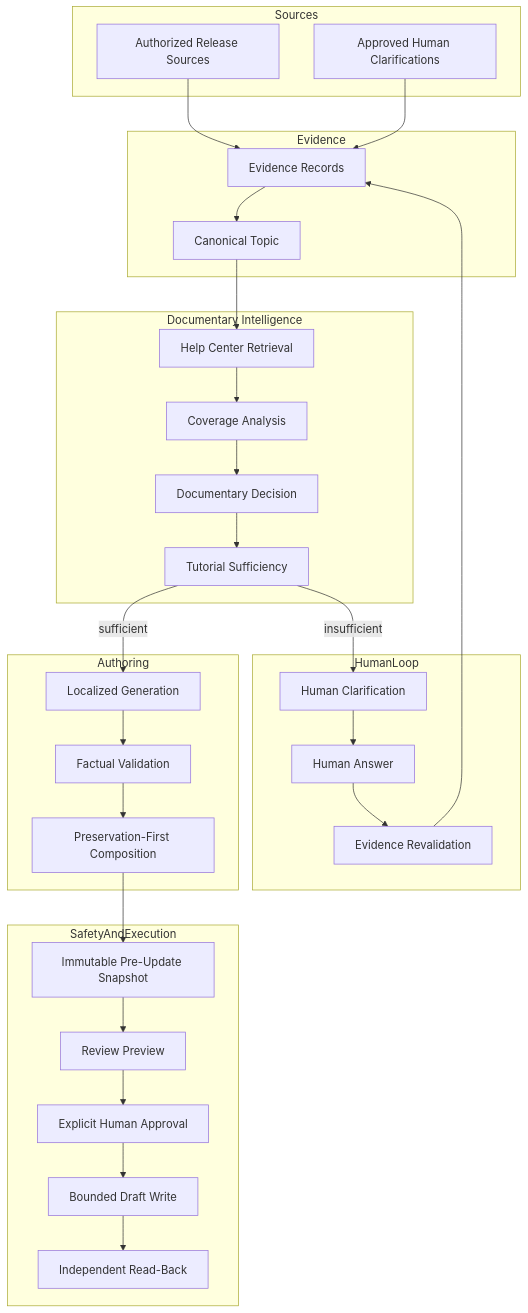
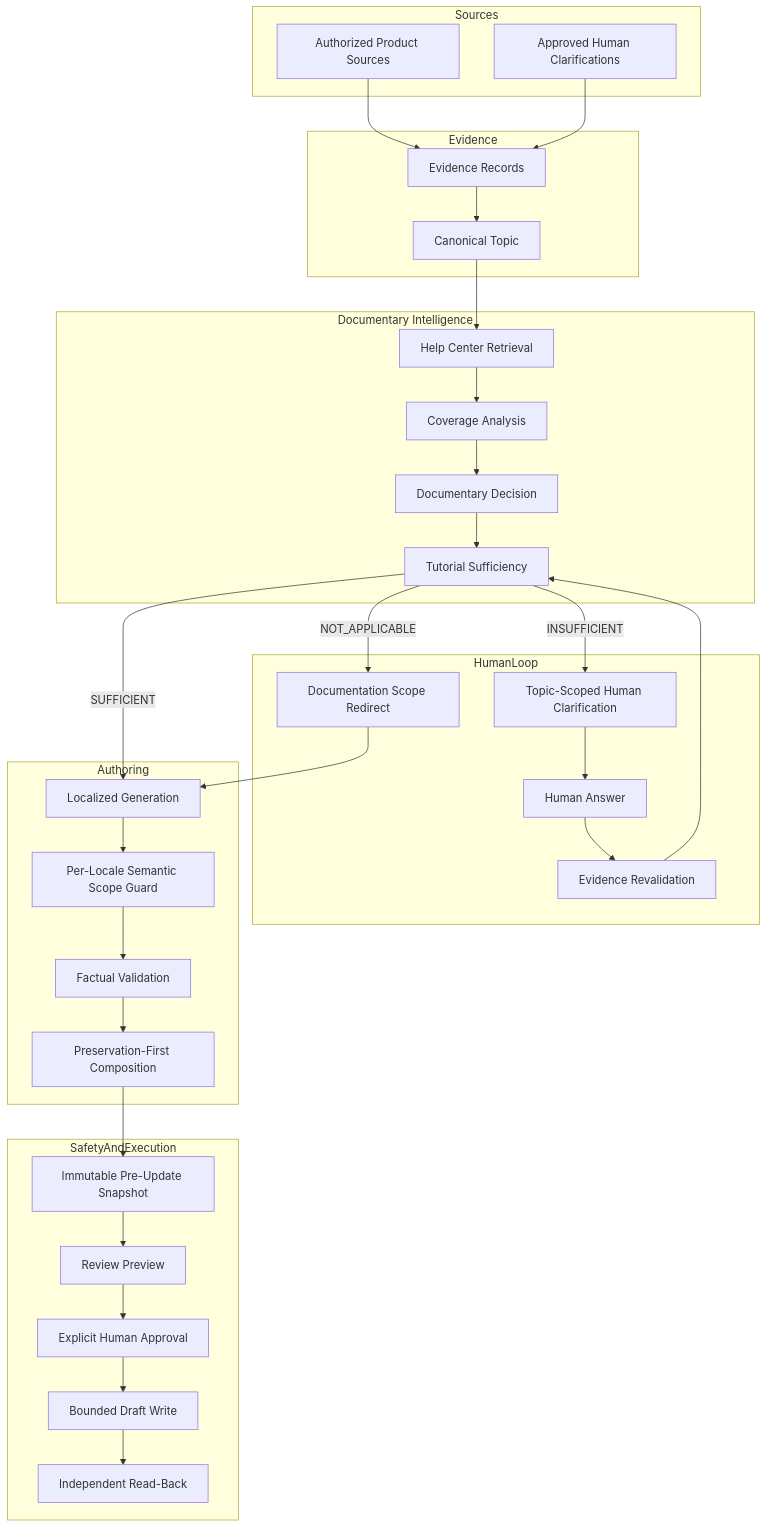
Before and after one commit to erikasrcastro/bia-governed-documentation-showcase: the first of 2 diagrams in showcase/ARCHITECTURE.md, drawn with Mermaid. The commit also changed other lines of this file, not shown here.

Commit message:
docs: update architecture for scope redirect and guard

```diff
--- a/showcase/ARCHITECTURE.md
+++ b/showcase/ARCHITECTURE.md
@@ -75,61 +77,67 @@
 ~~~mermaid
 flowchart TB
     subgraph Sources
-        A[Authorized Release Sources]
+        A[Authorized Product Sources]
         B[Approved Human Clarifications]
     end
 
     subgraph Evidence
         C[Evidence Records]
         D[Canonical Topic]
     end
 
     subgraph Documentary Intelligence
         E[Help Center Retrieval]
         F[Coverage Analysis]
         G[Documentary Decision]
         H[Tutorial Sufficiency]
     end
 
     subgraph HumanLoop
-        I[Human Clarification]
+        I[Topic-Scoped Human Clarification]
         J[Human Answer]
         K[Evidence Revalidation]
+        R[Documentation Scope Redirect]
     end
 
     subgraph Authoring
         L[Localized Generation]
+        SG[Per-Locale Semantic Scope Guard]
         M[Factual Validation]
         N[Preservation-First Composition]
     end
 
     subgraph SafetyAndExecution
         O[Immutable Pre-Update Snapshot]
         P[Review Preview]
         Q[Explicit Human Approval]
-        R[Bounded Draft Write]
-        S[Independent Read-Back]
+        W[Bounded Draft Write]
+        X[Independent Read-Back]
     end
 
     A --> C
     B --> C
     C --> D
     D --> E
     E --> F
     F --> G
     G --> H
 
-    H -->|insufficient| I
+    H -->|INSUFFICIENT| I
     I --> J
     J --> K
-    K --> C
+    K --> H
 
-    H -->|sufficient| L
-    L --> M
+    H -->|NOT_APPLICABLE| R
+    H -->|SUFFICIENT| L
+    R --> L
+
+    L --> SG
+    SG --> M
     M --> N
     N --> O
     O --> P
     P --> Q
-    Q --> R
-    R --> S
+    Q --> W
+    W --> X
 ~~~
```
